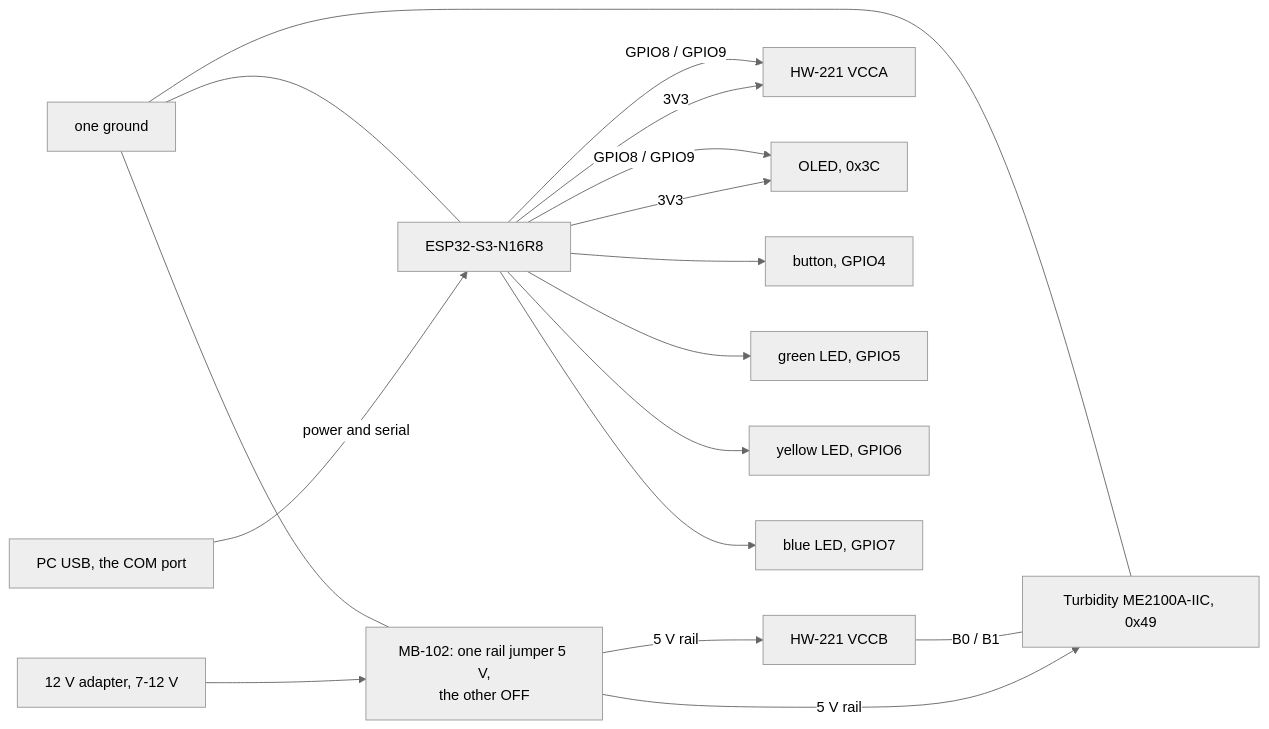
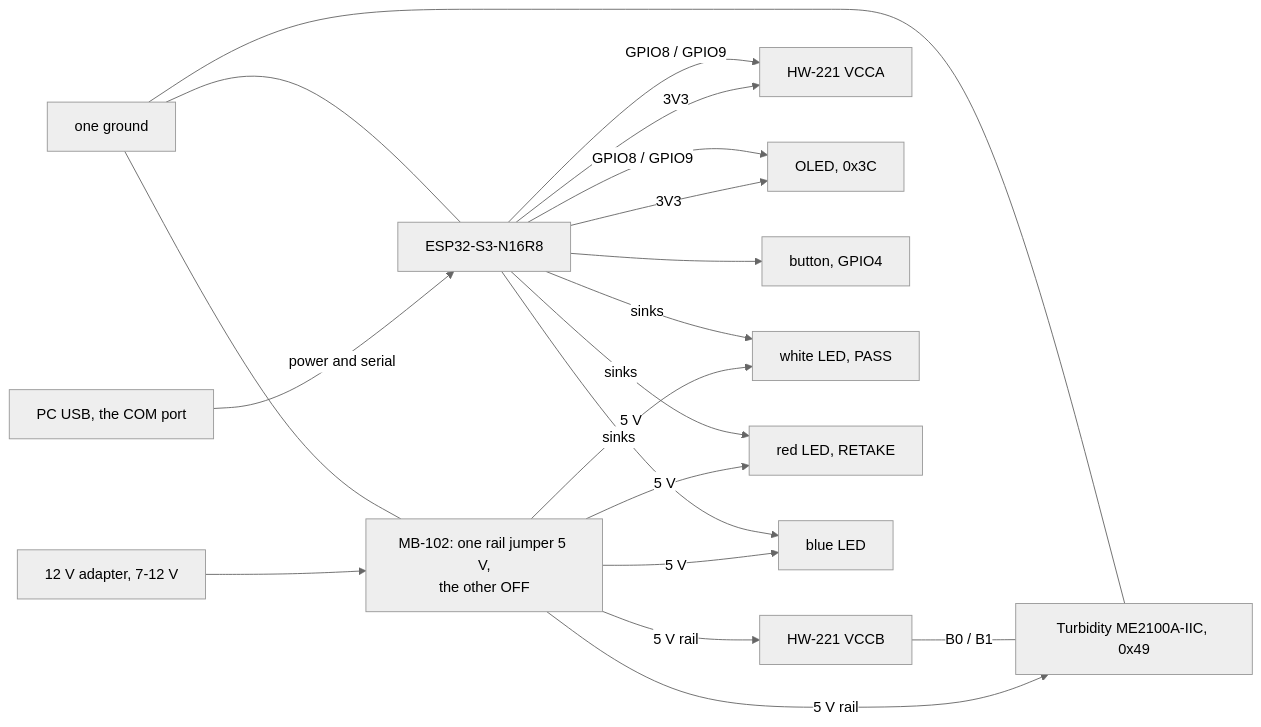
Before and after one commit to FrozenYty/aquavision: the diagram in docs/procurement-en.md, drawn with Mermaid (neutral theme). The commit also changed other lines of this file and 15 other files, not shown here.

First line of the commit message:
feat(rig): the lamps, rebuilt on the bench — 5 V supply, screen-following, white/red/blue (P3-17) (#191)

````diff
--- a/docs/procurement-en.md
+++ b/docs/procurement-en.md
@@ -119,19 +121,22 @@
 ```mermaid
 flowchart LR
   DC["12 V adapter, 7-12 V"] --> MB["MB-102: one rail jumper 5 V,<br/>the other OFF"]
   MB -->|"5 V rail"| S["Turbidity ME2100A-IIC, 0x49"]
   MB -->|"5 V rail"| HV["HW-221 VCCB"]
   HV ---|"B0 / B1"| S
   PC["PC USB, the COM port"] -->|"power and serial"| ESP["ESP32-S3-N16R8"]
   ESP -->|"3V3"| LV["HW-221 VCCA"]
   ESP -->|"3V3"| OLED["OLED, 0x3C"]
   ESP -->|"GPIO8 / GPIO9"| LV
   ESP -->|"GPIO8 / GPIO9"| OLED
   ESP --> B["button, GPIO4"]
-  ESP --> L1["green LED, GPIO5"]
-  ESP --> L2["yellow LED, GPIO6"]
-  ESP --> L3["blue LED, GPIO7"]
+  MB -->|"5 V"| L1["white LED, PASS"]
+  ESP -->|"sinks"| L1
+  MB -->|"5 V"| L2["red LED, RETAKE"]
+  ESP -->|"sinks"| L2
+  MB -->|"5 V"| L3["blue LED"]
+  ESP -->|"sinks"| L3
   GND["one ground"] --- MB
   GND --- ESP
   GND --- S
 ```
````
